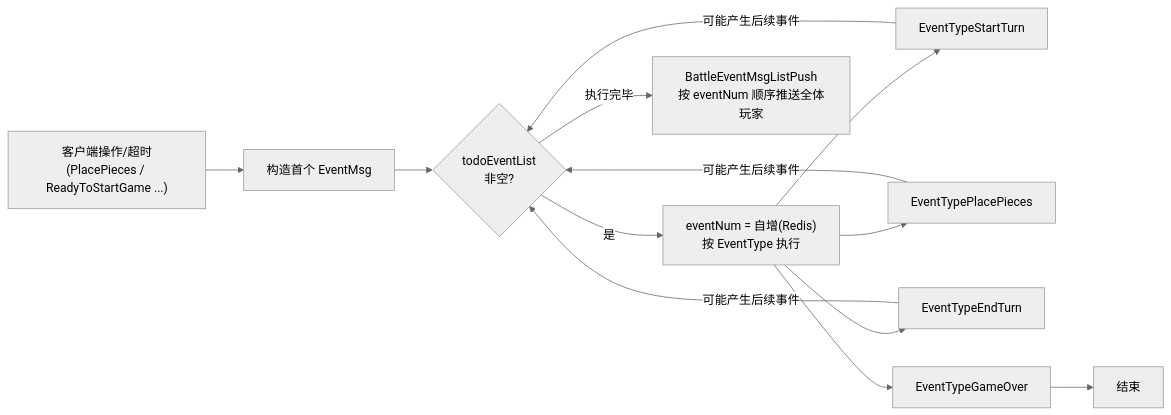
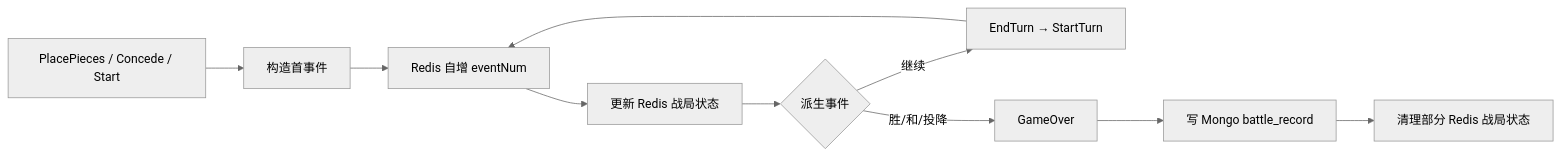
The eighth of 8 diagrams in doc/01_架构设计文档.md (132982jianan/JGameServer), drawn with Mermaid (neutral theme) before and after one commit. The commit also changed other lines of this file, not shown here.

````diff
--- a/doc/01_架构设计文档.md
+++ b/doc/01_架构设计文档.md
@@ -389,13 +537,12 @@
 ```mermaid
 flowchart LR
-    E0["客户端操作/超时<br/>(PlacePieces / ReadyToStartGame ...)"] --> E1["构造首个 EventMsg"]
-    E1 --> L{"todoEventList<br/>非空?"}
-    L -->|是| N["eventNum = 自增(Redis)<br/>按 EventType 执行"]
-    N --> N1["EventTypeStartTurn"]
-    N --> N2["EventTypePlacePieces"]
-    N --> N3["EventTypeEndTurn"]
-    N --> N4["EventTypeGameOver"]
-    N1 & N2 & N3 -->|"可能产生后续事件"| L
-    N4 --> P["结束"]
-    L -->|"执行完毕"| P2["BattleEventMsgListPush<br/>按 eventNum 顺序推送全体玩家"]
+    Input["PlacePieces / Concede / Start"] --> Event["构造首事件"]
+    Event --> Number["Redis 自增 eventNum"]
+    Number --> Apply["更新 Redis 战局状态"]
+    Apply --> Decision{"派生事件"}
+    Decision -->|继续| Next["EndTurn → StartTurn"]
+    Decision -->|胜/和/投降| Over["GameOver"]
+    Next --> Number
+    Over --> Archive["写 Mongo battle_record"]
+    Archive --> Cleanup["清理部分 Redis 战局状态"]
 ```
````
